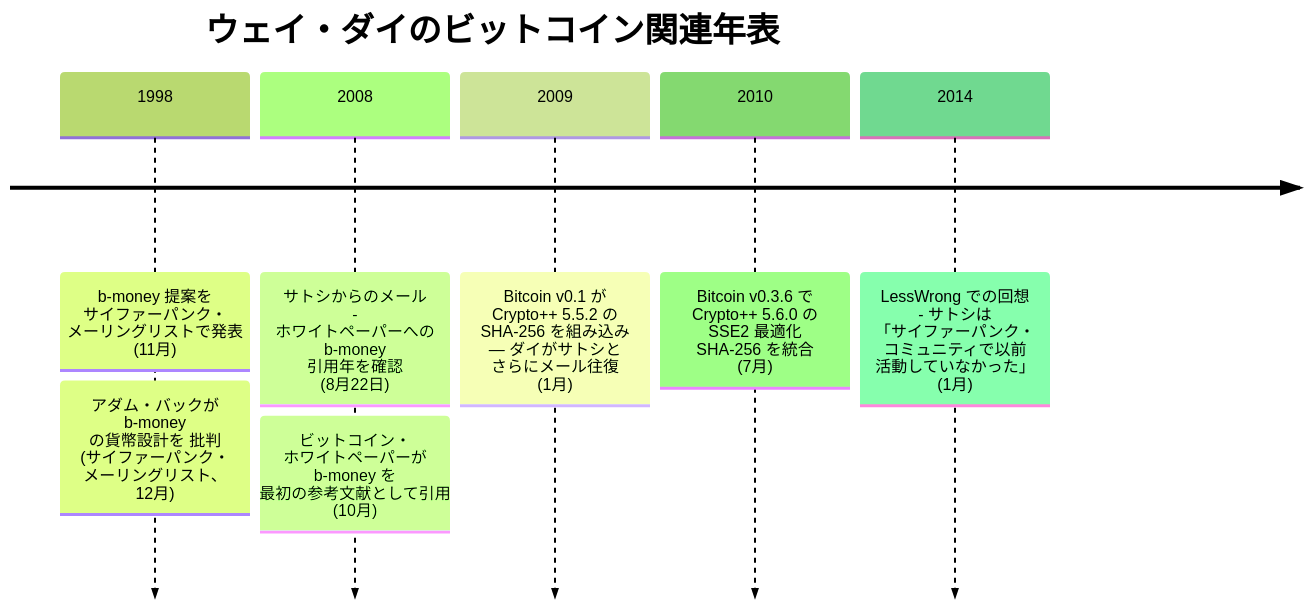
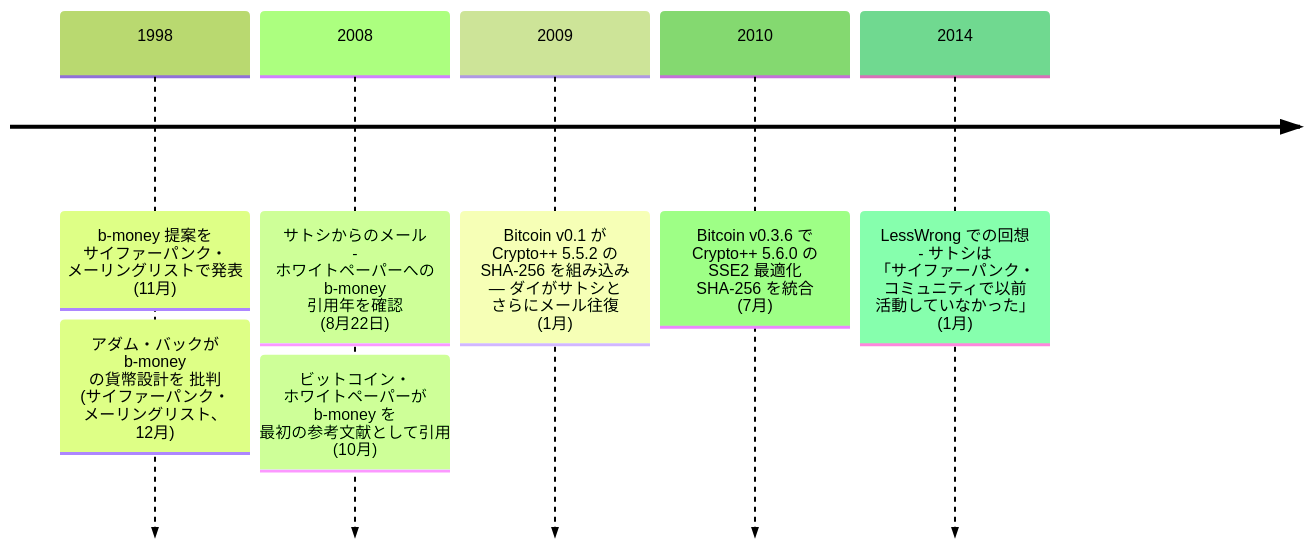
One commit to cypher256/BitcoinArchive changed the diagram in src/data/translations/ja/aftermath/2008-08-22-wei-dai-biography.md. Above: the diagram before and after it, drawn with Mermaid (forest theme). The commit also changed other lines of this file and 50 other files, not shown here.

````diff
--- a/src/data/translations/ja/aftermath/2008-08-22-wei-dai-biography.md
+++ b/src/data/translations/ja/aftermath/2008-08-22-wei-dai-biography.md
@@ -54,11 +56,10 @@
 ```mermaid
 timeline
-    title ウェイ・ダイのビットコイン関連年表
     1998 : b-money 提案を サイファーパンク・ メーリングリストで発表 (11月)
          : アダム・バックが b-money の貨幣設計を 批判 (サイファーパンク・ メーリングリスト、 12月)
     2008 : サトシからのメール - ホワイトペーパーへの b-money 引用年を確認 (8月22日)
          : ビットコイン・ ホワイトペーパーが b-money を 最初の参考文献として引用 (10月)
     2009 : Bitcoin v0.1 が Crypto++ 5.5.2 の SHA-256 を組み込み — ダイがサトシと さらにメール往復 (1月)
     2010 : Bitcoin v0.3.6 で Crypto++ 5.6.0 の SSE2 最適化 SHA-256 を統合 (7月)
     2014 : LessWrong での回想 - サトシは 「サイファーパンク・ コミュニティで以前 活動していなかった」 (1月)
 ```
````
